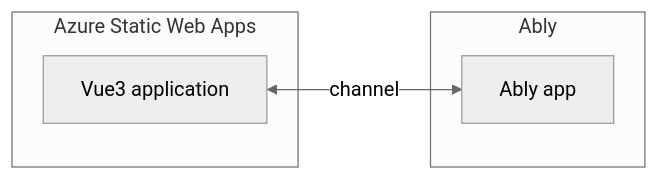
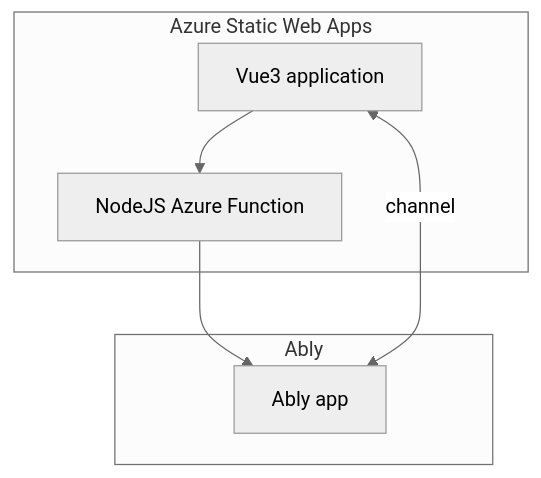
Before and after one commit to ably-labs/agile-flush-vue-app: the diagram in diagrams/components.mmd, drawn with Mermaid (neutral theme). The commit also changed 1 other file, not shown here.

Commit message:
Add NodeJS

```diff
--- a/diagrams/components.mmd
+++ b/diagrams/components.mmd
@@ -1,8 +1,9 @@
-flowchart LR
+flowchart TD
     subgraph ably [Ably]
         step2[Ably app]
     end
     subgraph azure [Azure Static Web Apps]
-        step1[Vue3 application]
+        step1[Vue3 application]-->step3
+        step3[NodeJS Azure Function]-->step2
     end
     step1 <--channel--> step2
```
